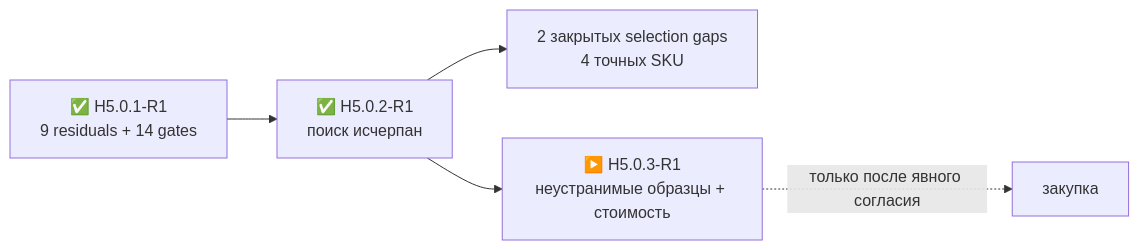
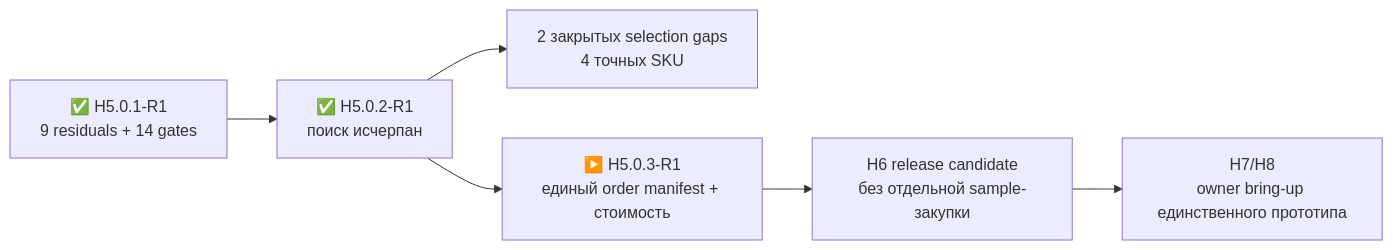
One commit to anton-vinogradov/esp32-leshy2 changed the diagram in docs/component-source-research.ru.md. Above: the diagram before and after it, drawn with Mermaid. The commit also changed other lines of this file and 147 other files, not shown here.

````diff
--- a/docs/component-source-research.ru.md
+++ b/docs/component-source-research.ru.md
@@ -7,7 +7,8 @@
 ```mermaid
 flowchart LR
   M["✅ H5.0.1-R1<br/>9 residuals + 14 gates"] --> R["✅ H5.0.2-R1<br/>поиск исчерпан"]
   R --> I["2 закрытых selection gaps<br/>4 точных SKU"]
-  R --> S["▶️ H5.0.3-R1<br/>неустранимые образцы + стоимость"]
-  S -. "только после явного согласия" .-> B["закупка"]
+  R --> S["▶️ H5.0.3-R1<br/>единый order manifest + стоимость"]
+  S --> B["H6 release candidate<br/>без отдельной sample-закупки"]
+  B --> V["H7/H8<br/>owner bring-up единственного прототипа"]
 ```
````
